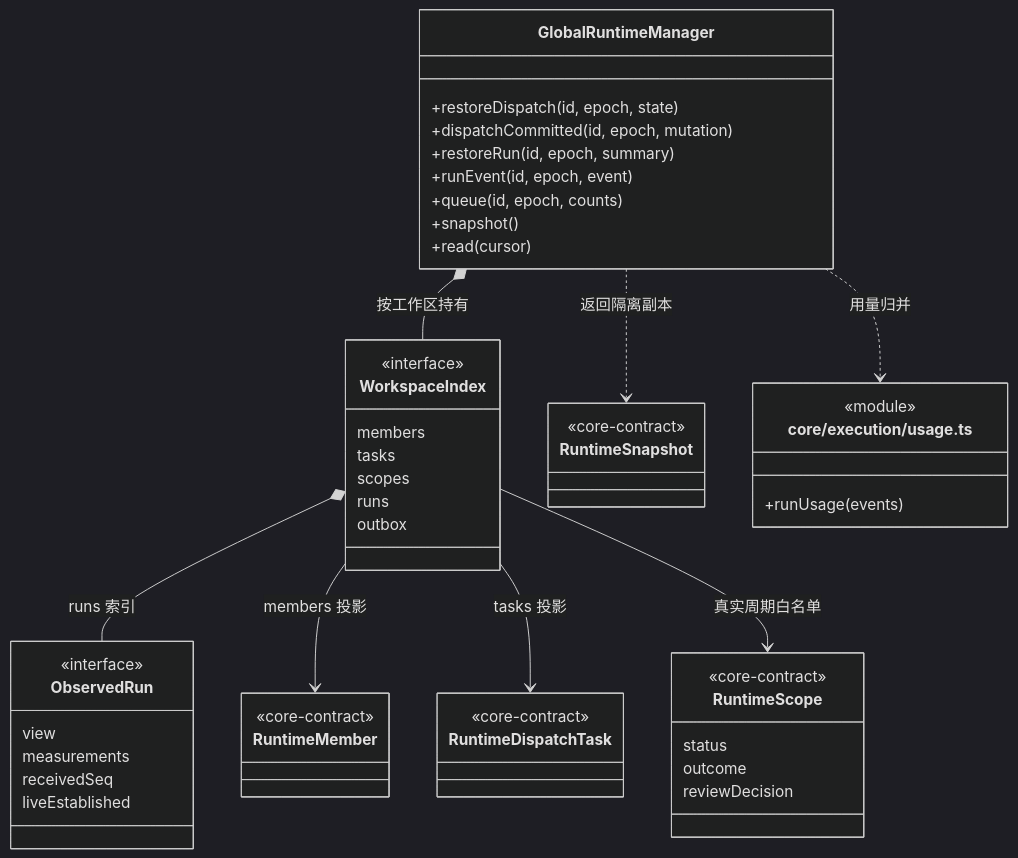
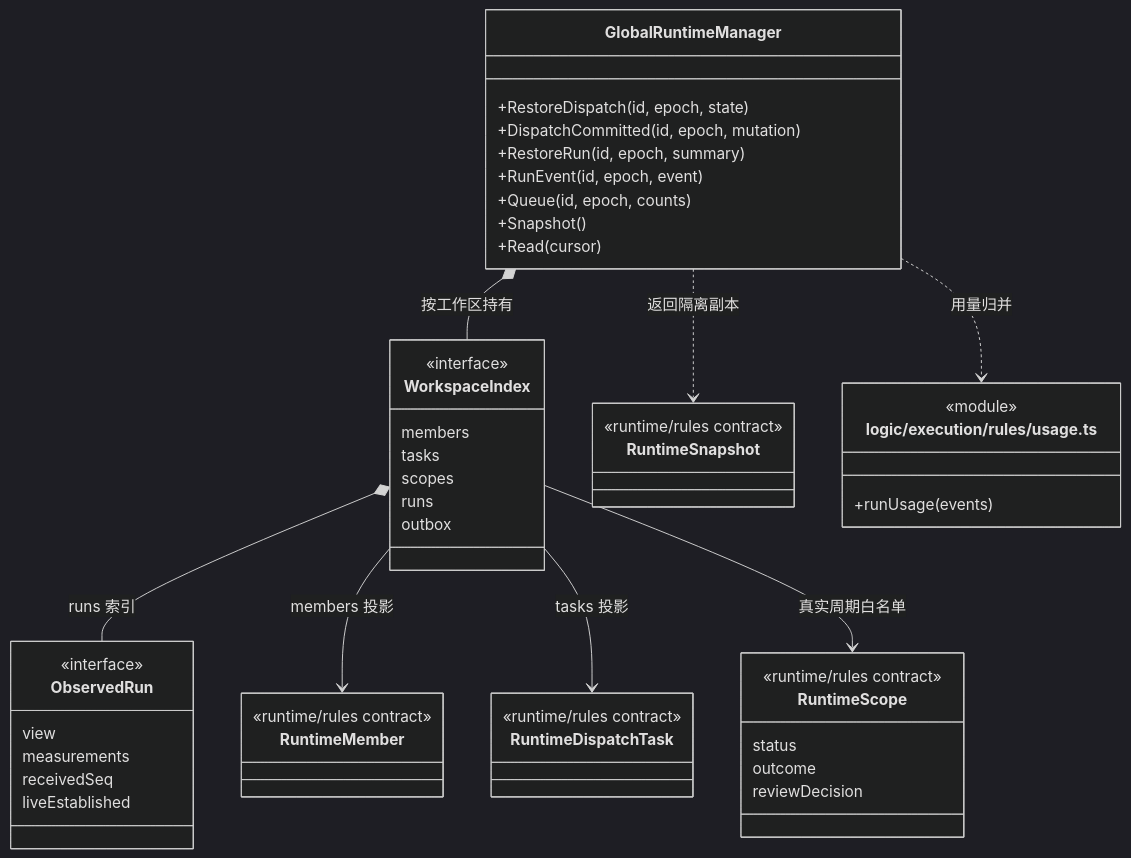
The first of 8 diagrams in src/logic/runtime/monitoring/ARCHITECTURE.md (nan023062/cbim), drawn with Mermaid (dark theme) before and after one commit. The commit also changed other lines of this file and 112 other files, not shown here.

Commit message:
docs: align source architecture with current declarations and contracts

````diff
--- a/src/logic/runtime/monitoring/ARCHITECTURE.md
+++ b/src/logic/runtime/monitoring/ARCHITECTURE.md
@@ -68,53 +68,53 @@
 ```mermaid
 classDiagram
 class GlobalRuntimeManager {
-  +restoreDispatch(id, epoch, state)
-  +dispatchCommitted(id, epoch, mutation)
-  +restoreRun(id, epoch, summary)
-  +runEvent(id, epoch, event)
-  +queue(id, epoch, counts)
-  +snapshot()
-  +read(cursor)
+  +RestoreDispatch(id, epoch, state)
+  +DispatchCommitted(id, epoch, mutation)
+  +RestoreRun(id, epoch, summary)
+  +RunEvent(id, epoch, event)
+  +Queue(id, epoch, counts)
+  +Snapshot()
+  +Read(cursor)
 }
 class WorkspaceIndex {
   <<interface>>
   members
   tasks
   scopes
   runs
   outbox
 }
 class ObservedRun {
   <<interface>>
   view
   measurements
   receivedSeq
   liveEstablished
 }
 class RuntimeMember {
-  <<core-contract>>
+  <<runtime/rules contract>>
 }
 class RuntimeDispatchTask {
-  <<core-contract>>
+  <<runtime/rules contract>>
 }
 class RuntimeScope {
-  <<core-contract>>
+  <<runtime/rules contract>>
   status
   outcome
   reviewDecision
 }
 class RuntimeSnapshot {
-  <<core-contract>>
+  <<runtime/rules contract>>
 }
-class BrainUsage["core/execution/usage.ts"] {
+class BrainUsage["logic/execution/rules/usage.ts"] {
   <<module>>
   +runUsage(events)
 }
 GlobalRuntimeManager *-- WorkspaceIndex : 按工作区持有
 WorkspaceIndex *-- ObservedRun : runs 索引
 WorkspaceIndex --> RuntimeMember : members 投影
 WorkspaceIndex --> RuntimeDispatchTask : tasks 投影
 WorkspaceIndex --> RuntimeScope : 真实周期白名单
 GlobalRuntimeManager ..> BrainUsage : 用量归并
 GlobalRuntimeManager ..> RuntimeSnapshot : 返回隔离副本
 ```
````
